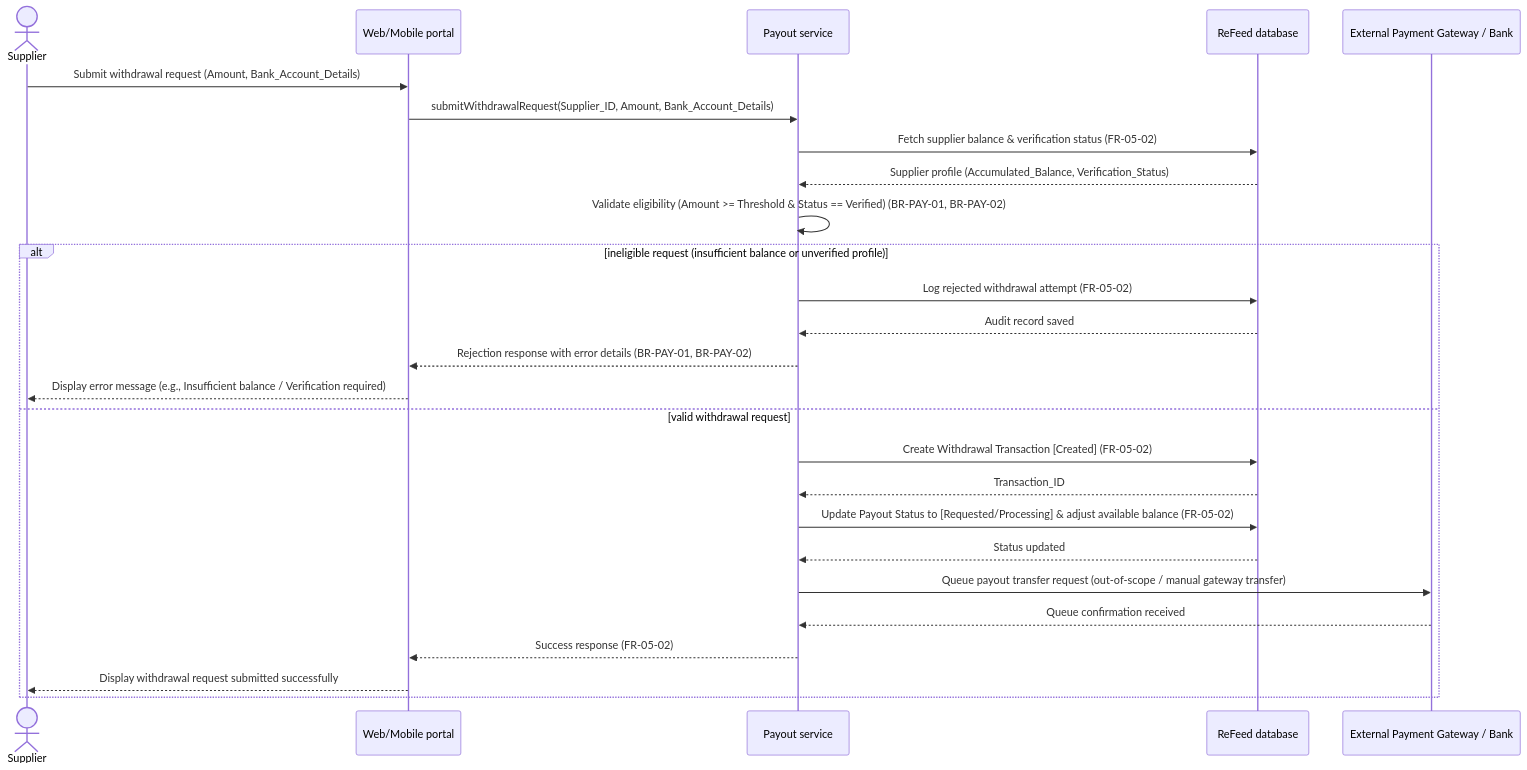
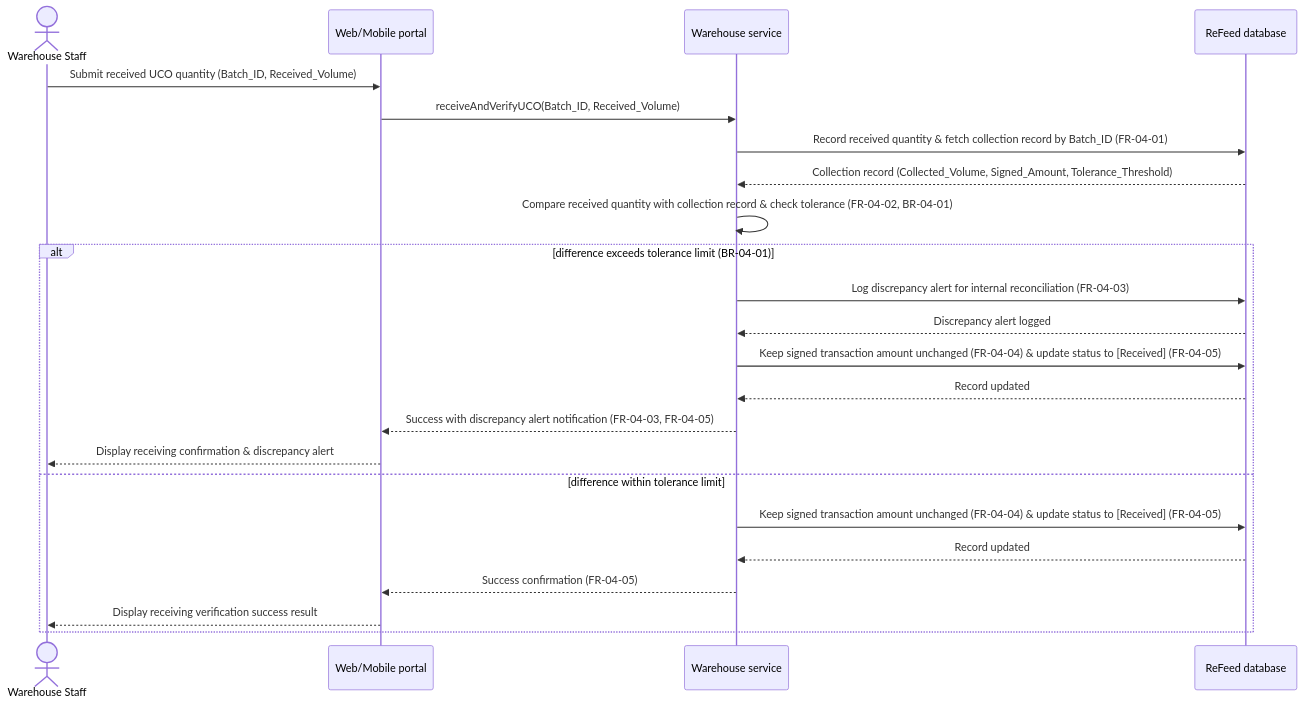
One commit to thuyvicbh-alt/DBIZ2---GROUP-D changed the diagram in docs/use-case/SD-UC-13.md. Above: the diagram before and after it, drawn with Mermaid. The commit also changed other lines of this file, not shown here.

````diff
--- a/docs/use-case/SD-UC-13.md
+++ b/docs/use-case/SD-UC-13.md
@@ -13,31 +13,28 @@
 ```mermaid
 sequenceDiagram
-  actor S as Supplier
+  actor W as Warehouse Staff
   participant P as Web/Mobile portal
-  participant PService as Payout service
+  participant WService as Warehouse service
   participant D as ReFeed database
-  participant G as External Payment Gateway / Bank
 
-  S->>P: Submit withdrawal request (Amount, Bank_Account_Details)
-  P->>PService: submitWithdrawalRequest(Supplier_ID, Amount, Bank_Account_Details)
-  PService->>D: Fetch supplier balance & verification status (FR-05-02)
-  D-->>PService: Supplier profile (Accumulated_Balance, Verification_Status)
+  W->>P: Submit received UCO quantity (Batch_ID, Received_Volume)
+  P->>WService: receiveAndVerifyUCO(Batch_ID, Received_Volume)
+  WService->>D: Record received quantity & fetch collection record by Batch_ID (FR-04-01)
+  D-->>WService: Collection record (Collected_Volume, Signed_Amount, Tolerance_Threshold)
+  
+  WService->>WService: Compare received quantity with collection record & check tolerance (FR-04-02, BR-04-01)
 
-  PService->>PService: Validate eligibility (Amount >= Threshold & Status == Verified) (BR-PAY-01, BR-PAY-02)
-
-  alt ineligible request (insufficient balance or unverified profile)
-    PService->>D: Log rejected withdrawal attempt (FR-05-02)
-    D-->>PService: Audit record saved
-    PService-->>P: Rejection response with error details (BR-PAY-01, BR-PAY-02)
-    P-->>S: Display error message (e.g., Insufficient balance / Verification required)
-  else valid withdrawal request
-    PService->>D: Create Withdrawal Transaction [Created] (FR-05-02)
-    D-->>PService: Transaction_ID
-    PService->>D: Update Payout Status to [Requested/Processing] & adjust available balance (FR-05-02)
-    D-->>PService: Status updated
-    PService->>G: Queue payout transfer request (out-of-scope / manual gateway transfer)
-    G-->>PService: Queue confirmation received
-    PService-->>P: Success response (FR-05-02)
-    P-->>S: Display withdrawal request submitted successfully
+  alt difference exceeds tolerance limit (BR-04-01)
+    WService->>D: Log discrepancy alert for internal reconciliation (FR-04-03)
+    D-->>WService: Discrepancy alert logged
+    WService->>D: Keep signed transaction amount unchanged (FR-04-04) & update status to [Received] (FR-04-05)
+    D-->>WService: Record updated
+    WService-->>P: Success with discrepancy alert notification (FR-04-03, FR-04-05)
+    P-->>W: Display receiving confirmation & discrepancy alert
+  else difference within tolerance limit
+    WService->>D: Keep signed transaction amount unchanged (FR-04-04) & update status to [Received] (FR-04-05)
+    D-->>WService: Record updated
+    WService-->>P: Success confirmation (FR-04-05)
+    P-->>W: Display receiving verification success result
   end
 ```
````
